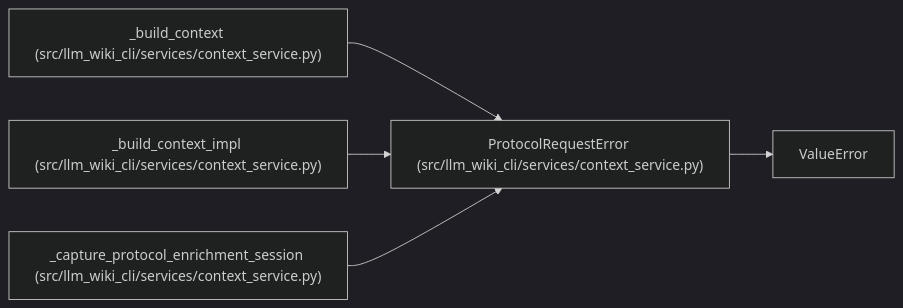
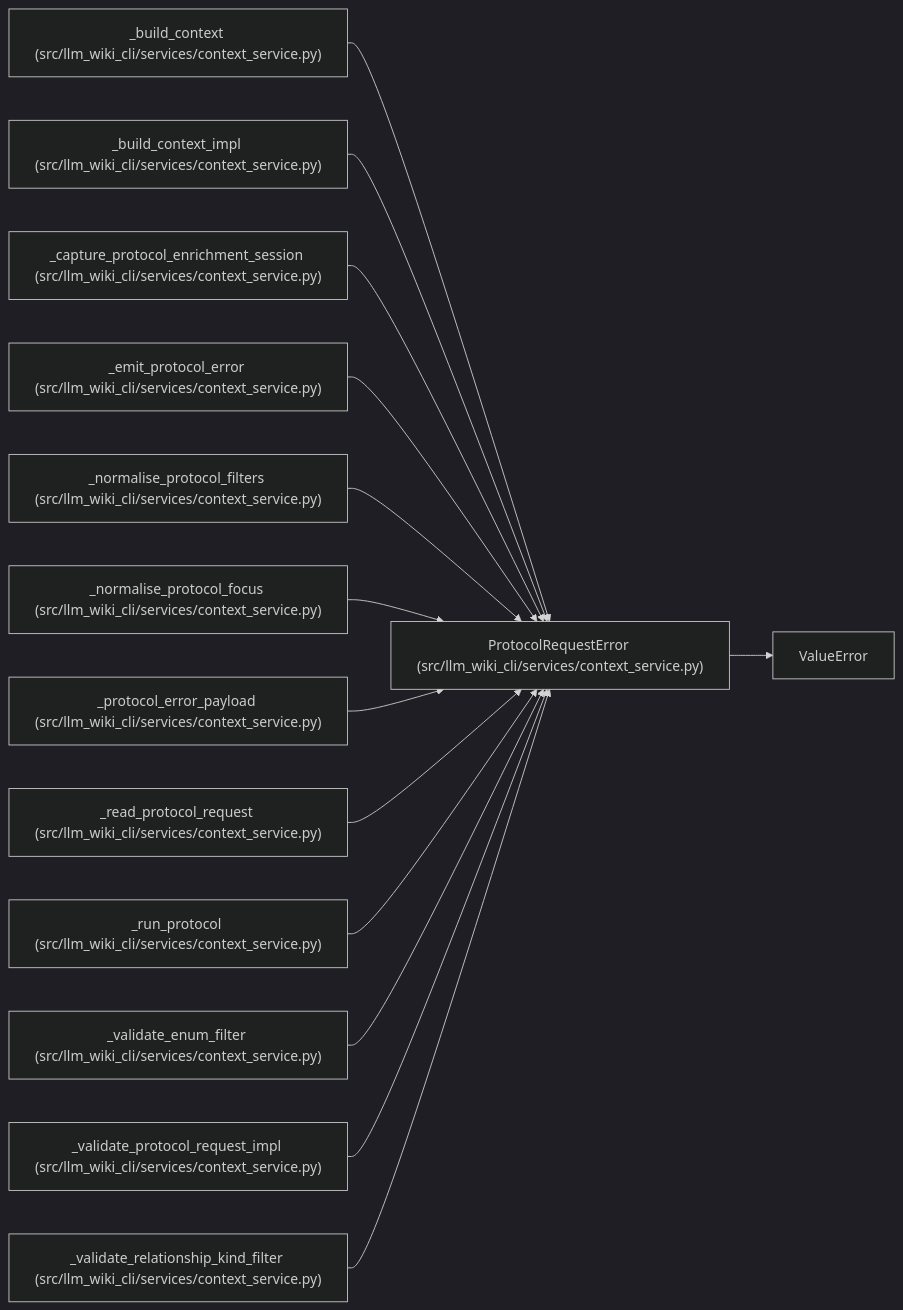
The diagram in docs/llm_wiki/entities/ProtocolRequestError.md (Denissvgn/python-wiki-llm), drawn with Mermaid (dark theme) before and after one commit. The commit also changed other lines of this file and 493 other files, not shown here.

````diff
--- a/docs/llm_wiki/entities/ProtocolRequestError.md
+++ b/docs/llm_wiki/entities/ProtocolRequestError.md
@@ -25,16 +25,43 @@
 ```mermaid
 flowchart LR
     n0["ProtocolRequestError (src/llm_wiki_cli/services/context_service.py)"]
     n1["ValueError"]
     n2["_build_context (src/llm_wiki_cli/services/context_service.py)"]
     n3["_build_context_impl (src/llm_wiki_cli/services/context_service.py)"]
     n4["_capture_protocol_enrichment_session (src/llm_wiki_cli/services/context_service.py)"]
+    n5["_emit_protocol_error (src/llm_wiki_cli/services/context_service.py)"]
+    n6["_normalise_protocol_filters (src/llm_wiki_cli/services/context_service.py)"]
+    n7["_normalise_protocol_focus (src/llm_wiki_cli/services/context_service.py)"]
+    n8["_protocol_error_payload (src/llm_wiki_cli/services/context_service.py)"]
+    n9["_read_protocol_request (src/llm_wiki_cli/services/context_service.py)"]
+    n10["_run_protocol (src/llm_wiki_cli/services/context_service.py)"]
+    n11["_validate_enum_filter (src/llm_wiki_cli/services/context_service.py)"]
+    n12["_validate_protocol_request_impl (src/llm_wiki_cli/services/context_service.py)"]
+    n13["_validate_relationship_kind_filter (src/llm_wiki_cli/services/context_service.py)"]
     n0 --> n1
     n2 --> n0
     n3 --> n0
     n4 --> n0
+    n5 --> n0
+    n6 --> n0
+    n7 --> n0
+    n8 --> n0
+    n9 --> n0
+    n10 --> n0
+    n11 --> n0
+    n12 --> n0
+    n13 --> n0
     click n0 "../modules/context_service.md"
     click n2 "../modules/context_service.md"
     click n3 "../modules/context_service.md"
     click n4 "../modules/context_service.md"
+    click n5 "../modules/context_service.md"
+    click n6 "../modules/context_service.md"
+    click n7 "../modules/context_service.md"
+    click n8 "../modules/context_service.md"
+    click n9 "../modules/context_service.md"
+    click n10 "../modules/context_service.md"
+    click n11 "../modules/context_service.md"
+    click n12 "../modules/context_service.md"
+    click n13 "../modules/context_service.md"
 ```
````
